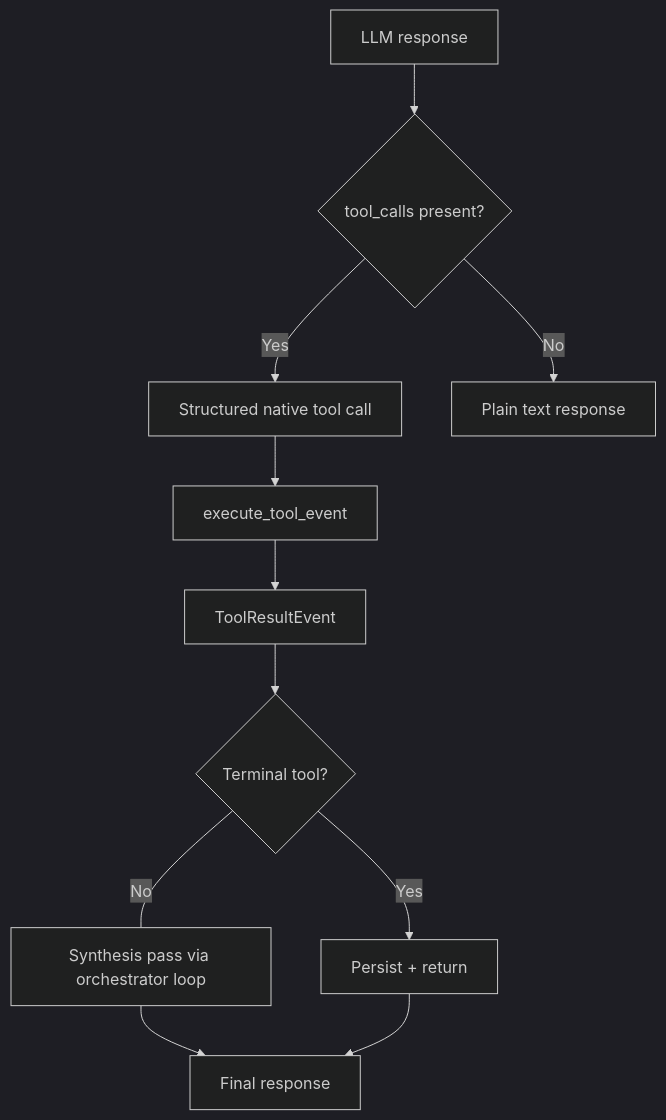
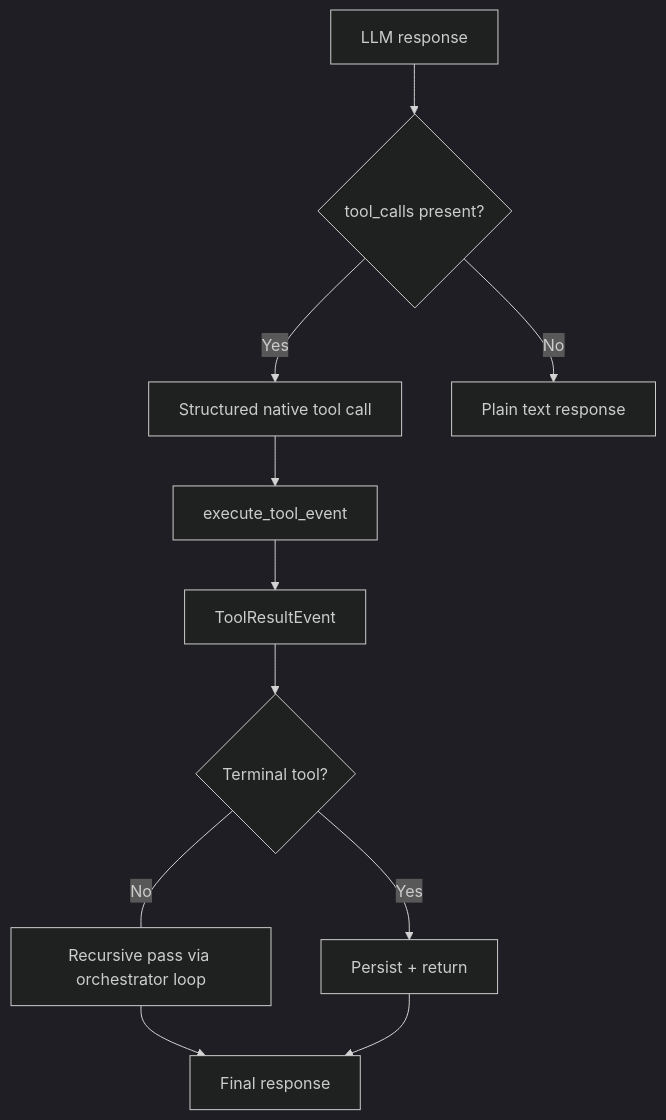
Before and after one commit to icedeyes12/yuzu-core: the third of 7 diagrams in app/README.md, drawn with Mermaid (dark theme). The commit also changed other lines of this file and 32 other files, not shown here.

Commit message:
refactor(architecture): Strip legacy and stale terminology from docs and comments reflecting the canonical recursive loop

````diff
--- a/app/README.md
+++ b/app/README.md
@@ -301,13 +301,13 @@
 ```mermaid
 flowchart TD
     A[LLM response] --> B{tool_calls present?}
     B -->|Yes| C[Structured native tool call]
     B -->|No| F[Plain text response]
     C --> G[execute_tool_event]
     G --> H[ToolResultEvent]
     H --> I{Terminal tool?}
     I -->|Yes| J[Persist + return]
-    I---|No| K[Synthesis pass via orchestrator loop]
+    I---|No| K[Recursive pass via orchestrator loop]
     K --> L[Final response]
     J --> L
 ```
````
